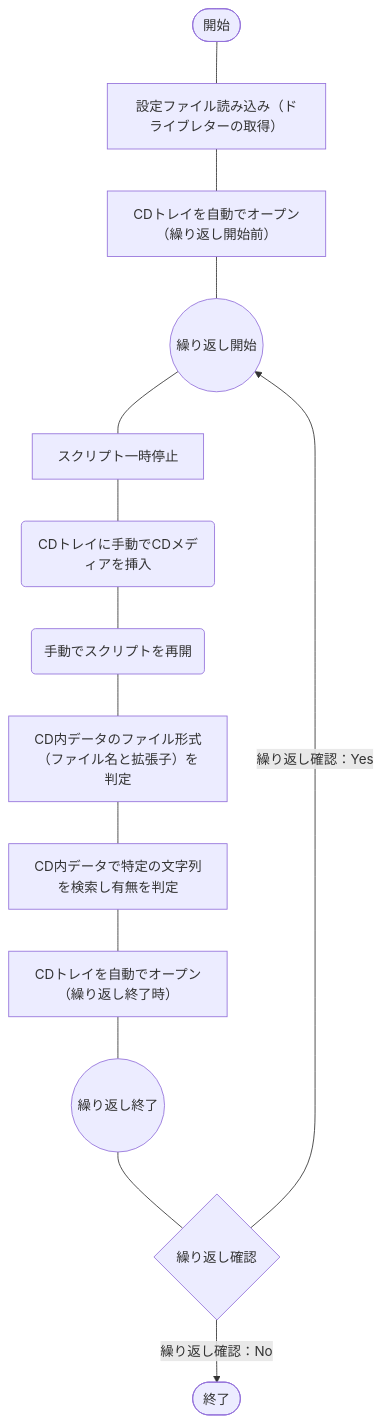
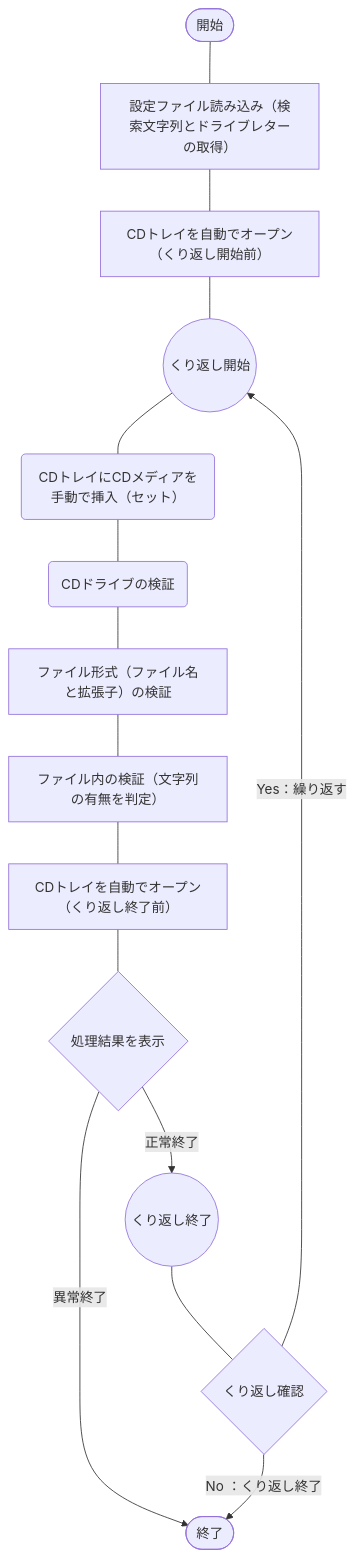
The diagram in articles/f1634c386ffc1d.md (akiGAMEBOY/haretokidoki_zn), drawn with Mermaid before and after one commit. The commit also changed other lines of this file and 1 other file, not shown here.

````diff
--- a/articles/f1634c386ffc1d.md
+++ b/articles/f1634c386ffc1d.md
@@ -34,16 +36,17 @@
 ```mermaid
 flowchart TB
-    A(["開始"]) --- B["設定ファイル読み込み（ドライブレターの取得）"]
-    B --- C["CDトレイを自動でオープン（繰り返し開始前）"]
-    C --- D(("繰り返し開始"))
-    D --- E["スクリプト一時停止"]
-    E --- F("CDトレイに手動でCDメディアを挿入")
-    F --- G("手動でスクリプトを再開")
-    G --- H["CD内データのファイル形式（ファイル名と拡張子）を判定"]
-    H --- I["CD内データで特定の文字列を検索し有無を判定"]
-    I --- J["CDトレイを自動でオープン（繰り返し終了時）"]
-    J --- K(("繰り返し終了"))
-    K --- L{"繰り返し確認"}
-    L --> |"繰り返し確認：Yes"| D
-    L --> |"繰り返し確認：No"| M(["終了"])
+    A(["開始"]) --- B["設定ファイル読み込み（検索文字列とドライブレターの取得）"]
+    B --- C["CDトレイを自動でオープン（くり返し開始前）"]
+    C --- D(("くり返し開始"))
+    D --- E("CDトレイにCDメディアを手動で挿入（セット）")
+    E --- F("CDドライブの検証")
+    F --- G["ファイル形式（ファイル名と拡張子）の検証"]
+    G --- H["ファイル内の検証（文字列の有無を判定）"]
+    H --- I["CDトレイを自動でオープン（くり返し終了前）"]
+    I --- J{"処理結果を表示"}
+    J --> |"正常終了"| K(("くり返し終了"))
+    J --> |"異常終了"| M(["終了"])
+    K --- L{"くり返し確認"}
+    L --> |"Yes：繰り返す"| D
+    L --> |"No ：くり返し終了"| M
 ```
````
